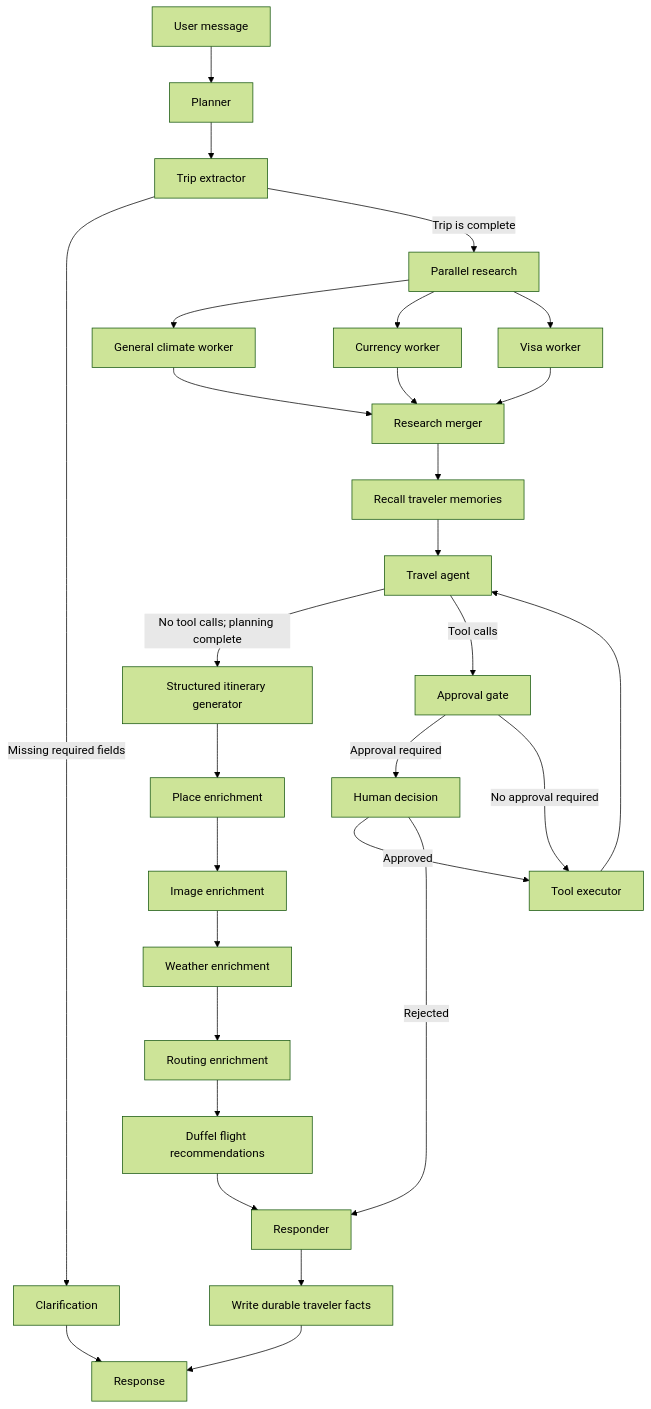
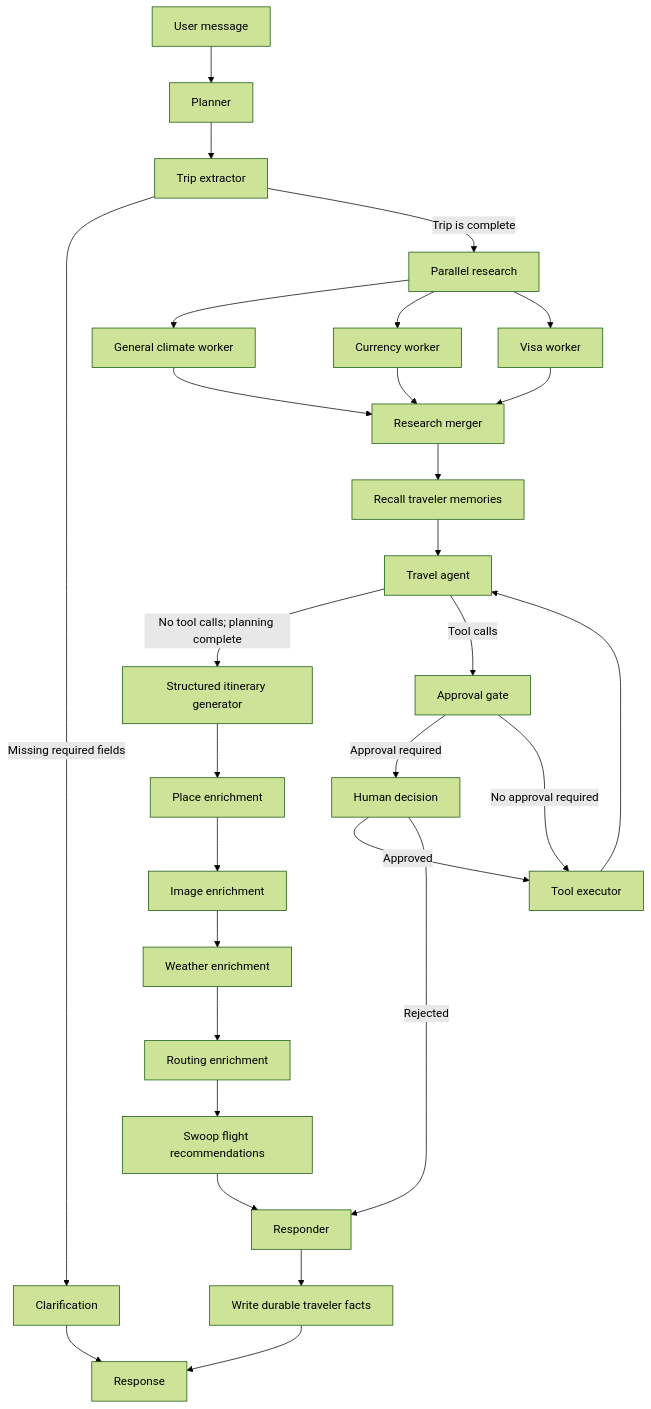
Before and after one commit to NaimurRahmannn/TravelAI-Agent-v2-LangGraph: the diagram in README.md, drawn with Mermaid (forest theme). The commit also changed other lines of this file and 24 other files, not shown here.

````diff
--- a/README.md
+++ b/README.md
@@ -61,31 +61,31 @@
 ```mermaid
 flowchart TD
     A[User message] --> B[Planner]
     B --> C[Trip extractor]
     C -->|Missing required fields| D[Clarification]
     C -->|Trip is complete| E[Parallel research]
     E --> E1[General climate worker]
     E --> E2[Currency worker]
     E --> E3[Visa worker]
     E1 --> F[Research merger]
     E2 --> F
     E3 --> F
     F --> N[Recall traveler memories]
     N --> G[Travel agent]
     G -->|No tool calls; planning complete| P[Structured itinerary generator]
     G -->|Tool calls| I[Approval gate]
     I -->|Approval required| J[Human decision]
     I -->|No approval required| K[Tool executor]
     J -->|Approved| K
     J -->|Rejected| L[Responder]
     K --> G
     P --> Q[Place enrichment]
     Q --> R[Image enrichment]
     R --> W[Weather enrichment]
     W --> T[Routing enrichment]
-    T --> U[Duffel flight recommendations]
+    T --> U[Swoop flight recommendations]
     U --> L
     D --> M[Response]
     L --> O[Write durable traveler facts]
     O --> M
 ```
````
